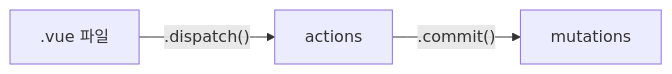
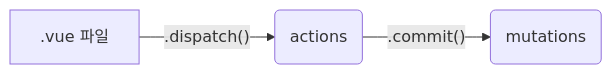
Before and after one commit to colinder/colinder.github.io: the first of 3 diagrams in vue_devinfo/index.md, drawn with Mermaid. The commit also changed other lines of this file and 227 other files, not shown here.

```diff
--- a/vue_devinfo/index.md
+++ b/vue_devinfo/index.md
@@ -17,5 +17,5 @@
 {{< mermaid >}}
 graph LR;
-    A[.vue 파일] -->|".dispatch()"| B[actions]
-    B --> |".commit()"|C[mutations]
+    A[.vue 파일] -->|".dispatch()"| B(actions)
+    B --> |".commit()"|C(mutations)
 {{< /mermaid >}}
```
